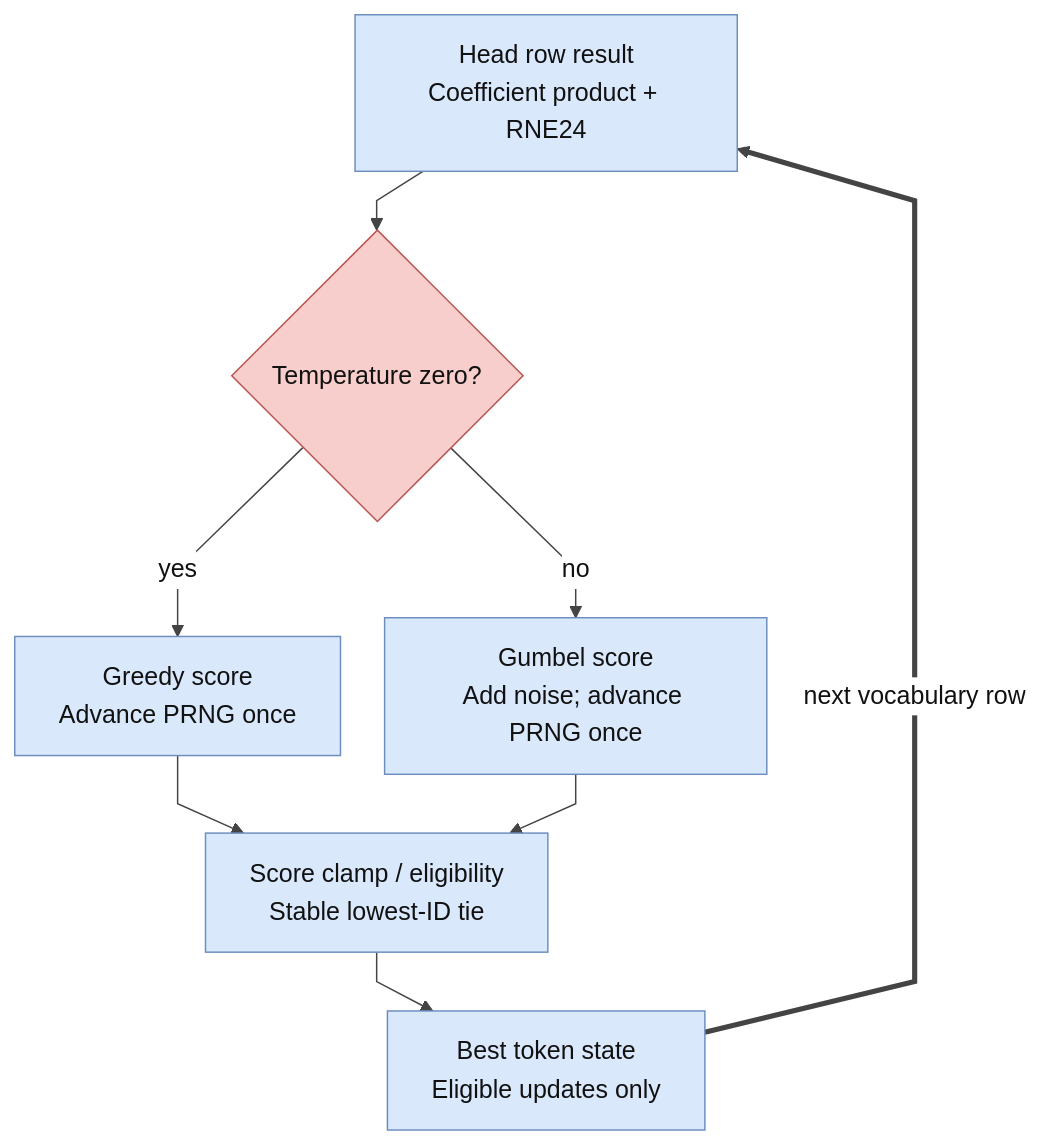
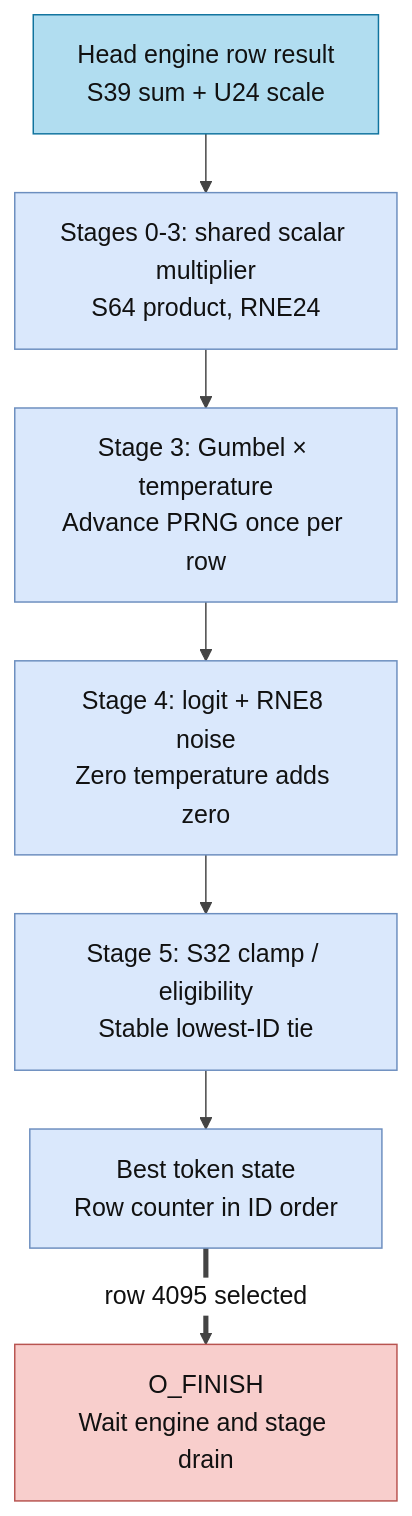
Before and after one commit to nguyennhutkhanhtom/NPU: the third of 3 diagrams in docs/source_guide/blocks/llm_soc.sv.md, drawn with Mermaid. The commit also changed other lines of this file and 119 other files, not shown here.

````diff
--- a/docs/source_guide/blocks/llm_soc.sv.md
+++ b/docs/source_guide/blocks/llm_soc.sv.md
@@ -120,39 +120,39 @@
 ```mermaid
 %%{init: {
   "theme": "base",
   "themeVariables": {
     "background": "#ffffff",
     "primaryTextColor": "#111111",
     "secondaryTextColor": "#111111",
     "tertiaryTextColor": "#111111",
     "lineColor": "#444444",
     "clusterBkg": "#ffffff",
     "clusterBorder": "#aaaaaa",
     "edgeLabelBackground": "#ffffff",
     "fontSize": "17px"
   },
   "flowchart": {
     "curve": "linear",
     "nodeSpacing": 30,
     "rankSpacing": 40,
     "htmlLabels": true,
     "useMaxWidth": true
   }
 }}%%
 flowchart TB
- R["Head row result<br/>Coefficient product + RNE24"] --> T{"Temperature zero?"}
- T -->|"yes"| G["Greedy score<br/>Advance PRNG once"]
- T -->|"no"| N["Gumbel score<br/>Add noise; advance PRNG once"]
- G --> S["Score clamp / eligibility<br/>Stable lowest-ID tie"]
- N --> S
- S --> B["Best token state<br/>Eligible updates only"]
- B ==>|"next vocabulary row"| R
+ E["Head engine row result<br/>S39 sum + U24 scale"] --> R["Stages 0-3: shared scalar multiplier<br/>S64 product, RNE24"]
+ R --> N["Stage 3: Gumbel × temperature<br/>Advance PRNG once per row"]
+ N --> T["Stage 4: logit + RNE8 noise<br/>Zero temperature adds zero"]
+ T --> S["Stage 5: S32 clamp / eligibility<br/>Stable lowest-ID tie"]
+ S --> B["Best token state<br/>Row counter in ID order"]
+ B ==>|"row 4095 selected"| F["O_FINISH<br/>Wait engine and stage drain"]
 classDef control fill:#f8cecc,stroke:#b85450,color:#111111;
 classDef interface fill:#fff2cc,stroke:#d6b656,color:#111111;
 classDef buffer fill:#f5f5f5,stroke:#666666,color:#111111;
 classDef compute fill:#b1ddf0,stroke:#10739e,color:#111111;
 classDef output fill:#dae8fc,stroke:#6c8ebf,color:#111111;
 classDef platform fill:#e1d5e7,stroke:#9673a6,color:#111111;
-class T control;
-class R,G,N,S,B output;
+class F control;
+class E compute;
+class R,N,T,S,B output;
 ```
````
